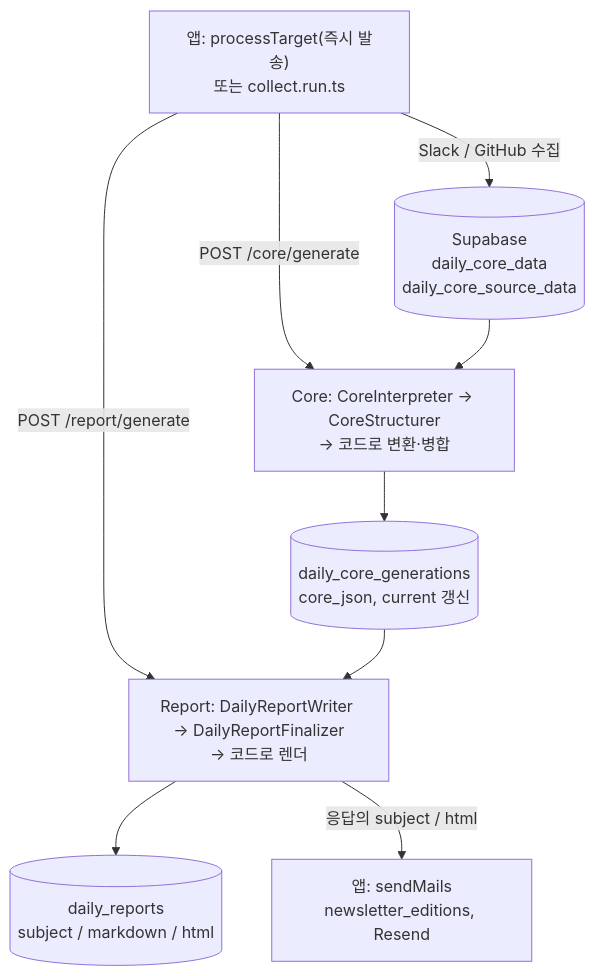
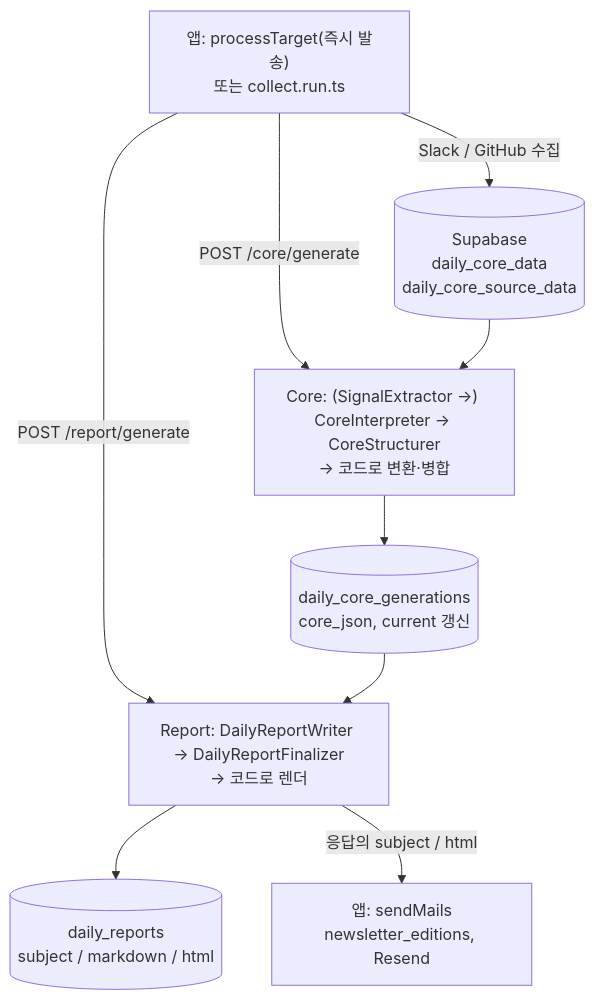
The diagram in flue/README.md (Jinu-hub/IEUM), drawn with Mermaid before and after one commit. The commit also changed other lines of this file and 12 other files, not shown here.

First line of the commit message:
feat(flue): add optional SignalExtractor stage per target pipeline options

````diff
--- a/flue/README.md
+++ b/flue/README.md
@@ -9,11 +9,11 @@
 ```mermaid
 flowchart TD
   A["앱: processTarget(즉시 발송)<br/>또는 collect.run.ts"] -->|"Slack / GitHub 수집"| B[("Supabase<br/>daily_core_data<br/>daily_core_source_data")]
-  A -->|"POST /core/generate"| C["Core: CoreInterpreter → CoreStructurer<br/>→ 코드로 변환·병합"]
+  A -->|"POST /core/generate"| C["Core: (SignalExtractor →) CoreInterpreter → CoreStructurer<br/>→ 코드로 변환·병합"]
   B --> C
   C --> D[("daily_core_generations<br/>core_json, current 갱신")]
   A -->|"POST /report/generate"| E["Report: DailyReportWriter → DailyReportFinalizer<br/>→ 코드로 렌더"]
   D --> E
   E --> F[("daily_reports<br/>subject / markdown / html")]
   E -->|"응답의 subject / html"| G["앱: sendMails<br/>newsletter_editions, Resend"]
 ```
````
